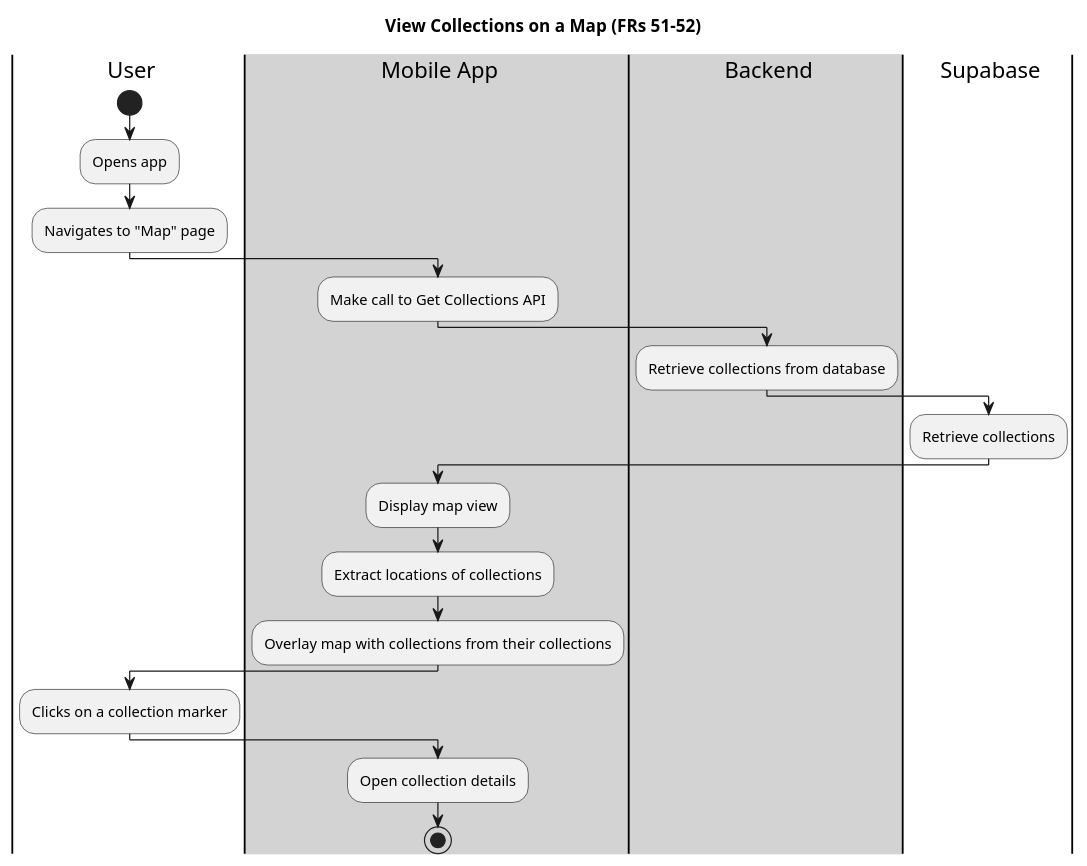
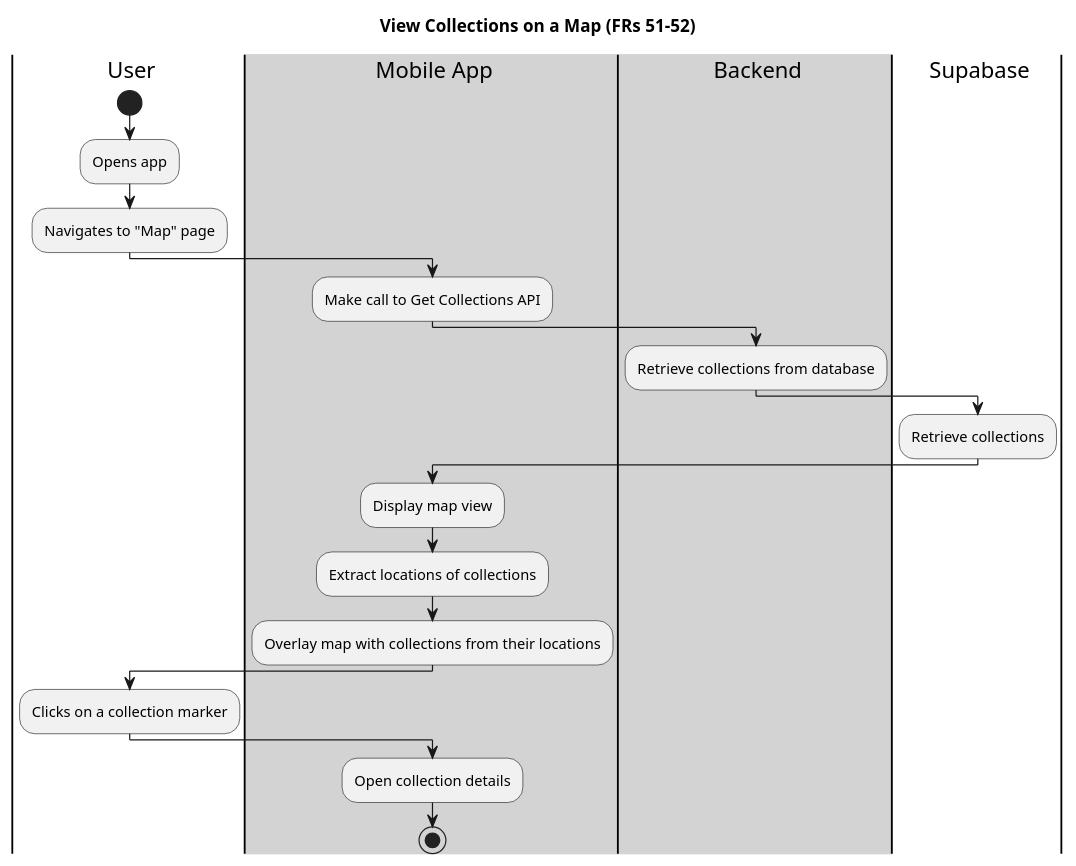
Before and after one commit to owencooke/memento: the diagram in docs/activity/map-view.puml, drawn with PlantUML.

Commit message:
Typo map view

```diff
--- a/docs/activity/map-view.puml
+++ b/docs/activity/map-view.puml
@@ -1,35 +1,35 @@
 @startuml
 title View Collections on a Map (FRs 51-52)
 
 |user| User
 |#lightgray|mobile| Mobile App
 |#lightgray|backend| Backend
 |db| Supabase
 
 |user|
 start
 :Opens app;
 :Navigates to "Map" page;
 
 |mobile|
 :Make call to Get Collections API;
 
 |backend|
 :Retrieve collections from database;
 
 |db|
 :Retrieve collections;
 
 |mobile|
 :Display map view;
 :Extract locations of collections;
-:Overlay map with collections from their collections;
+:Overlay map with collections from their locations;
 
 |user|
 :Clicks on a collection marker;
 
 |mobile|
 :Open collection details;
 
 stop
 @enduml
```
